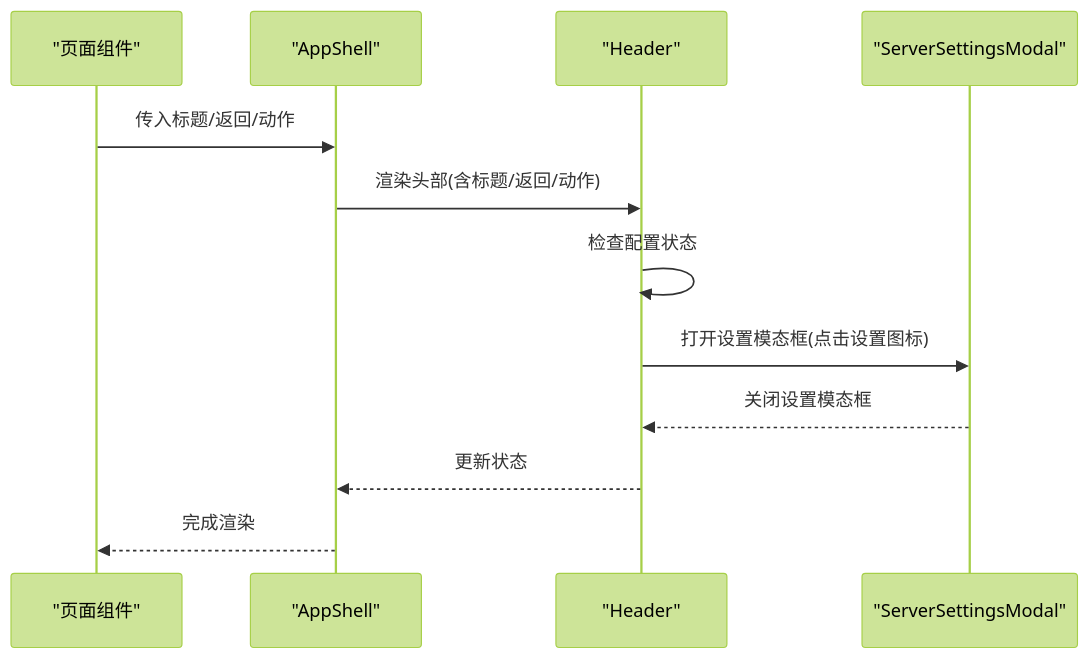
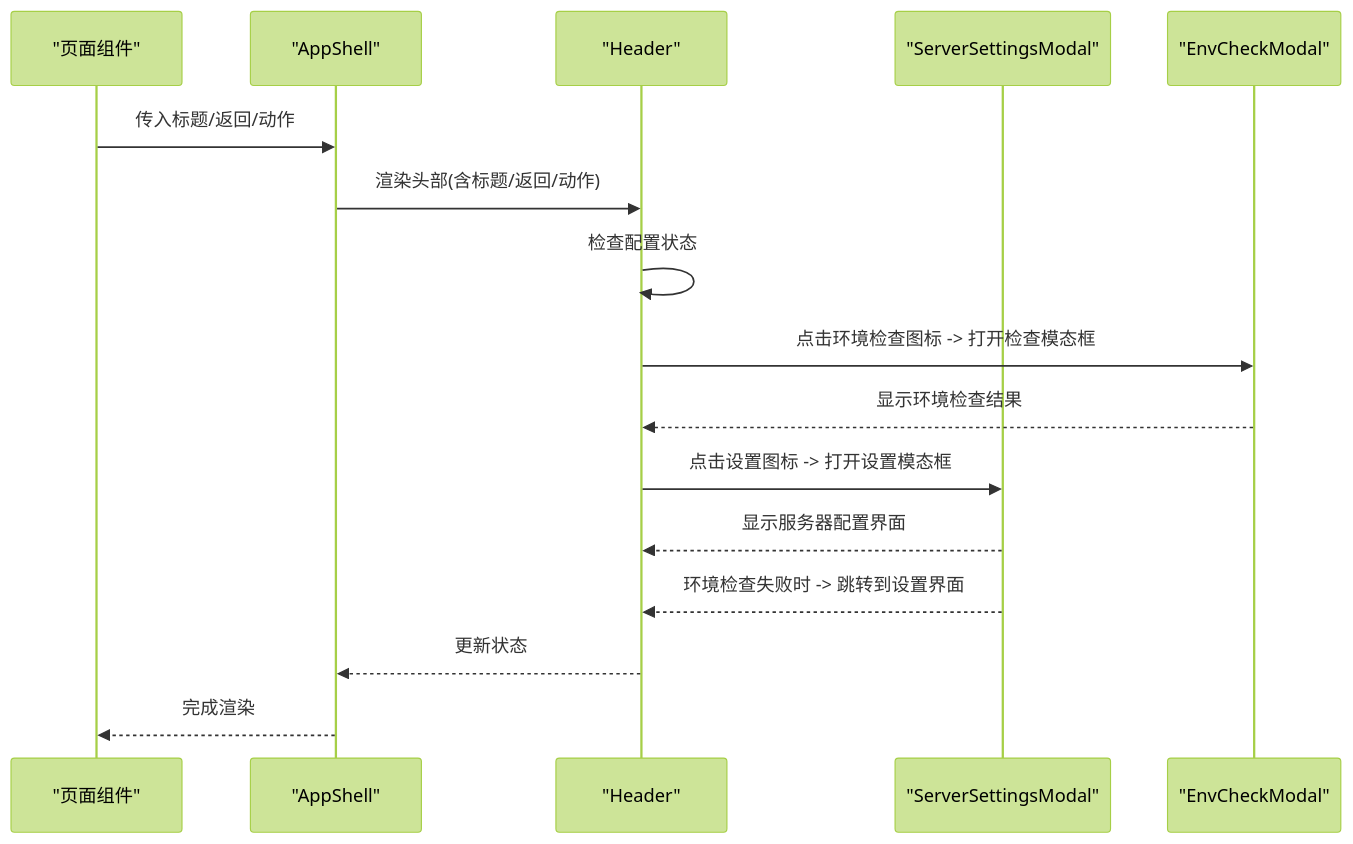
The second of 4 diagrams in .qoder/repowiki/zh/content/前端应用架构/组件系统设计/布局组件.md (RabbitAI-Lab/Sandbox-Manager), drawn with Mermaid (forest theme) before and after one commit. The commit also changed other lines of this file and 21 other files, not shown here.

````diff
--- a/.qoder/repowiki/zh/content/前端应用架构/组件系统设计/布局组件.md
+++ b/.qoder/repowiki/zh/content/前端应用架构/组件系统设计/布局组件.md
@@ -96,14 +122,18 @@
 ```mermaid
 sequenceDiagram
 participant Page as "页面组件"
 participant Shell as "AppShell"
 participant Head as "Header"
-participant Modal as "ServerSettingsModal"
+participant Settings as "ServerSettingsModal"
+participant EnvCheck as "EnvCheckModal"
 Page->>Shell : 传入标题/返回/动作
 Shell->>Head : 渲染头部(含标题/返回/动作)
 Head->>Head : 检查配置状态
-Head->>Modal : 打开设置模态框(点击设置图标)
-Modal-->>Head : 关闭设置模态框
+Head->>EnvCheck : 点击环境检查图标 -> 打开检查模态框
+EnvCheck-->>Head : 显示环境检查结果
+Head->>Settings : 点击设置图标 -> 打开设置模态框
+Settings-->>Head : 显示服务器配置界面
+Settings-->>Head : 环境检查失败时 -> 跳转到设置界面
 Head-->>Shell : 更新状态
 Shell-->>Page : 完成渲染
 ```
````
